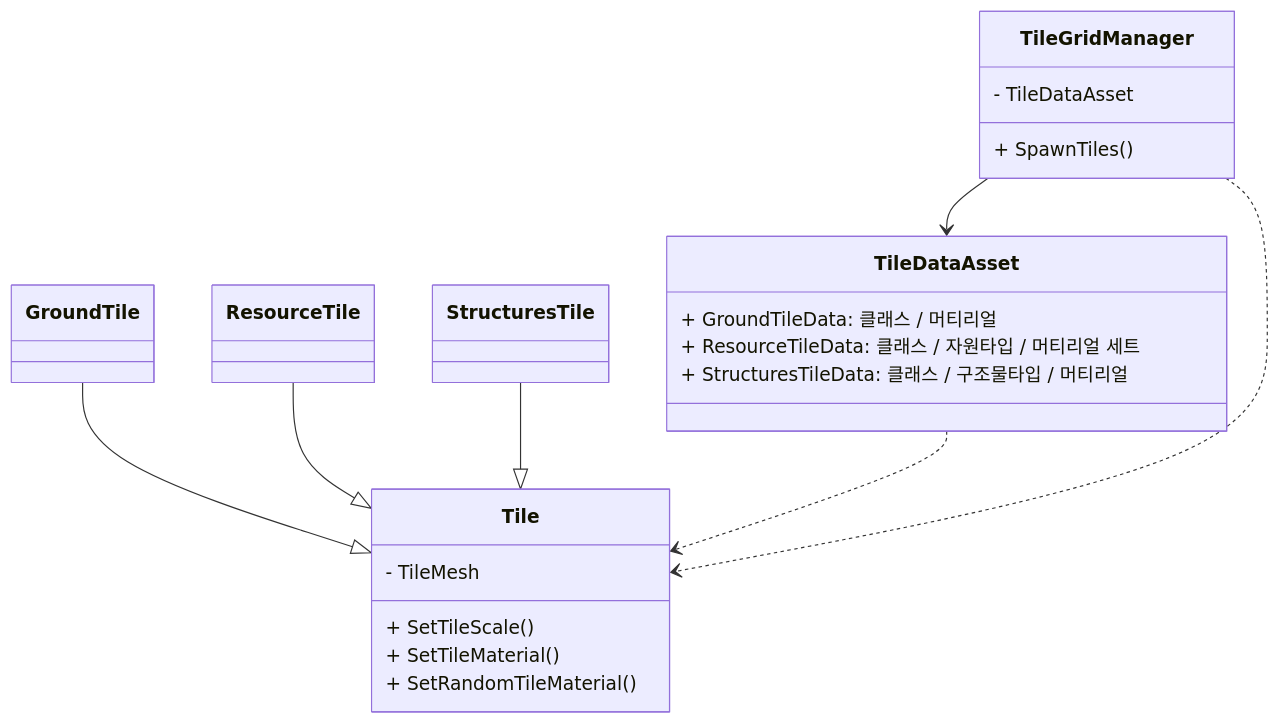
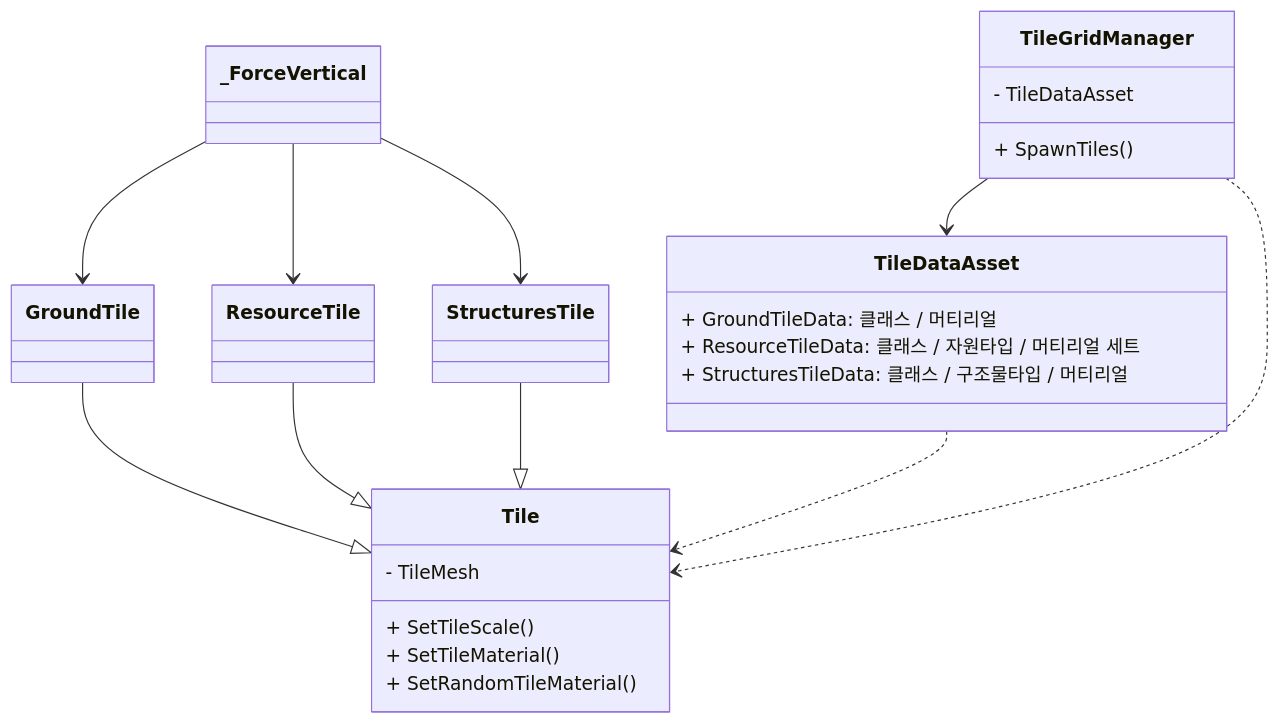
Before and after one commit to WJMcode/Project_CavesBasic: the first of 4 diagrams in README.md, drawn with Mermaid.

````diff
--- a/README.md
+++ b/README.md
@@ -1,40 +1,49 @@
 ```mermaid
 ---
 config:
   class:
     hideEmptyMembersBox: false
   theme: mc
   look: classic
 ---
 classDiagram
 direction TB
 
 class TileGridManager {
     - TileDataAsset
     + SpawnTiles()
 }
+
 class TileDataAsset {
     + GroundTileData: 클래스 / 머티리얼
     + ResourceTileData: 클래스 / 자원타입 / 머티리얼 세트
     + StructuresTileData: 클래스 / 구조물타입 / 머티리얼
 }
+
 class Tile {
     - TileMesh
     + SetTileScale()
     + SetTileMaterial()
     + SetRandomTileMaterial()
 }
 
-%% Place these three explicitly after Tile in the code to ensure vertical layout
 class GroundTile
 class ResourceTile
 class StructuresTile
 
+%% Inheritance
 GroundTile --|> Tile
 ResourceTile --|> Tile
 StructuresTile --|> Tile
 
+%% Associations
 TileGridManager --> TileDataAsset
 TileDataAsset ..> Tile
 TileGridManager ..> Tile
+
+%% Dummy connector to force vertical alignment
+class _ForceVertical
+_ForceVertical --> GroundTile
+_ForceVertical --> ResourceTile
+_ForceVertical --> StructuresTile
 ```
````
